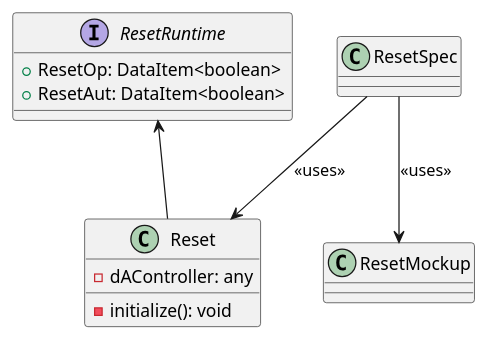
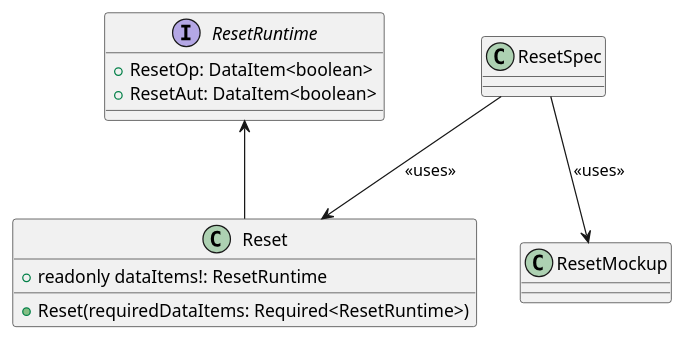
The diagram in src/modularPlantManager/pea/dataAssembly/baseFunction/reset/Reset.puml (p2o-lab/polaris-backend), drawn with PlantUML before and after one commit. The commit also changed 12 other files, not shown here.

```diff
--- a/src/modularPlantManager/pea/dataAssembly/baseFunction/reset/Reset.puml
+++ b/src/modularPlantManager/pea/dataAssembly/baseFunction/reset/Reset.puml
@@ -26,17 +26,17 @@
 @startuml
 'https://plantuml.com/class-diagram
 
 interface ResetRuntime{
     + ResetOp: DataItem<boolean>
 	+ ResetAut: DataItem<boolean>
 }
 
 class Reset{
-    - dAController: any
-    - initialize(): void
+    + readonly dataItems!: ResetRuntime
+    + Reset(requiredDataItems: Required<ResetRuntime>)
 }
 
 ResetRuntime <-- Reset
 ResetSpec --> Reset : <<uses>>
 ResetSpec --> ResetMockup : <<uses>>
 @enduml
```
